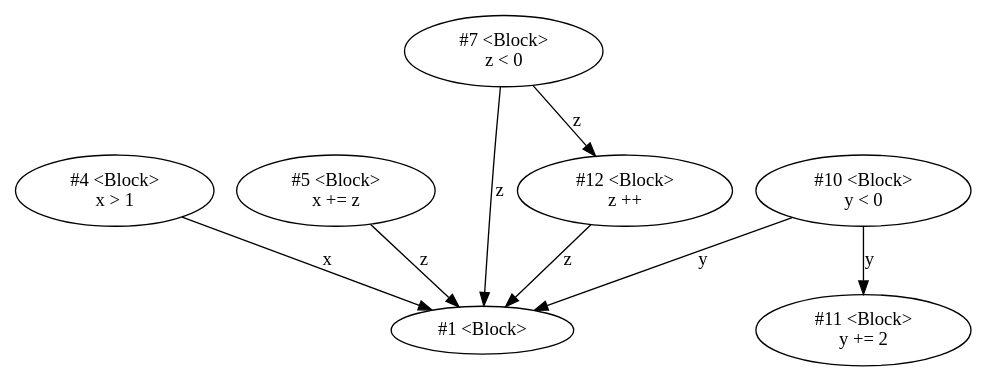
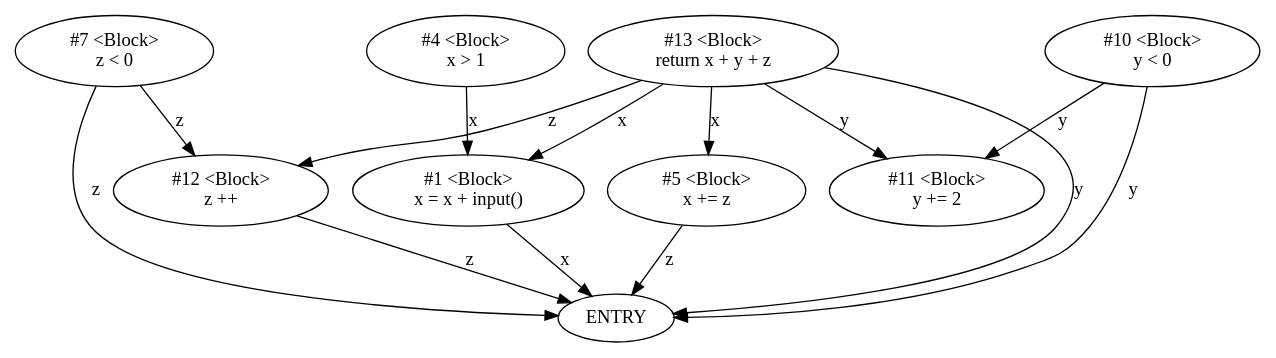
The diagram in examples/code-property-graph/ddg.dot (h-mole/MetronomeStatic), drawn with Graphviz before and after one commit. The commit also changed 56 other files, not shown here.

```diff
--- a/examples/code-property-graph/ddg.dot
+++ b/examples/code-property-graph/ddg.dot
@@ -1,16 +1,32 @@
 strict digraph  {
-4 [label="#4 &lt;Block&gt;\nx > 1"];
-1 [label="#1 &lt;Block&gt;\n"];
-5 [label="#5 &lt;Block&gt;\nx += z"];
-7 [label="#7 &lt;Block&gt;\nz < 0"];
-12 [label="#12 &lt;Block&gt;\nz ++"];
-10 [label="#10 &lt;Block&gt;\ny < 0"];
-11 [label="#11 &lt;Block&gt;\ny += 2"];
+1 [label="#1 &lt;Block&gt;
+x = x + input()"];
+ENTRY;
+4 [label="#4 &lt;Block&gt;
+x &gt; 1"];
+5 [label="#5 &lt;Block&gt;
+x += z"];
+7 [label="#7 &lt;Block&gt;
+z &lt; 0"];
+12 [label="#12 &lt;Block&gt;
+z ++"];
+10 [label="#10 &lt;Block&gt;
+y &lt; 0"];
+11 [label="#11 &lt;Block&gt;
+y += 2"];
+13 [label="#13 &lt;Block&gt;
+return x + y + z"];
+1 -> ENTRY  [label=x];
 4 -> 1  [label=x];
-5 -> 1  [label=z];
-7 -> 1  [label=z];
+5 -> ENTRY  [label=z];
 7 -> 12  [label=z];
-12 -> 1  [label=z];
-10 -> 1  [label=y];
+7 -> ENTRY  [label=z];
+12 -> ENTRY  [label=z];
 10 -> 11  [label=y];
+10 -> ENTRY  [label=y];
+13 -> 1  [label=x];
+13 -> 5  [label=x];
+13 -> 12  [label=z];
+13 -> ENTRY  [label=y];
+13 -> 11  [label=y];
 }
```
